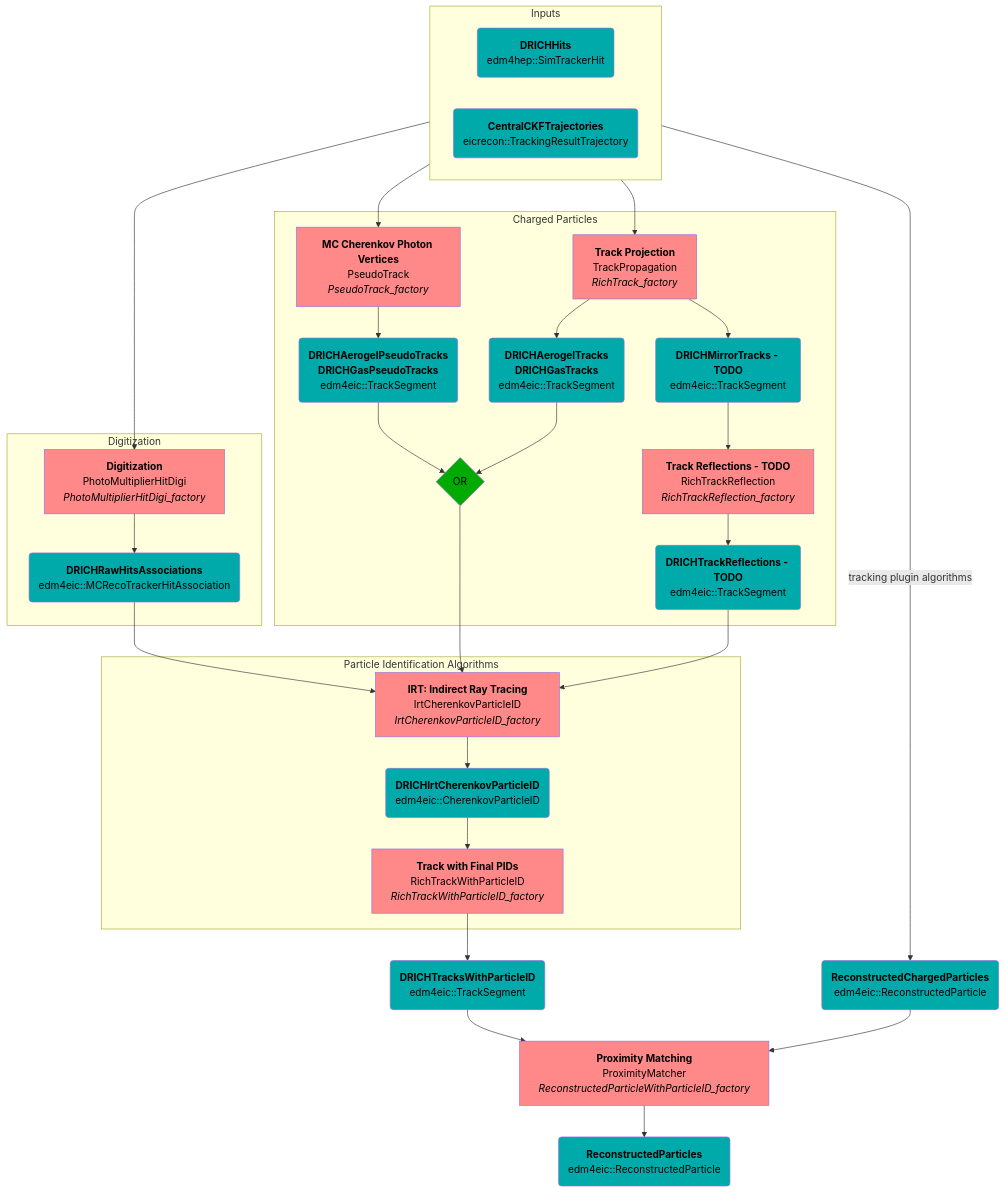
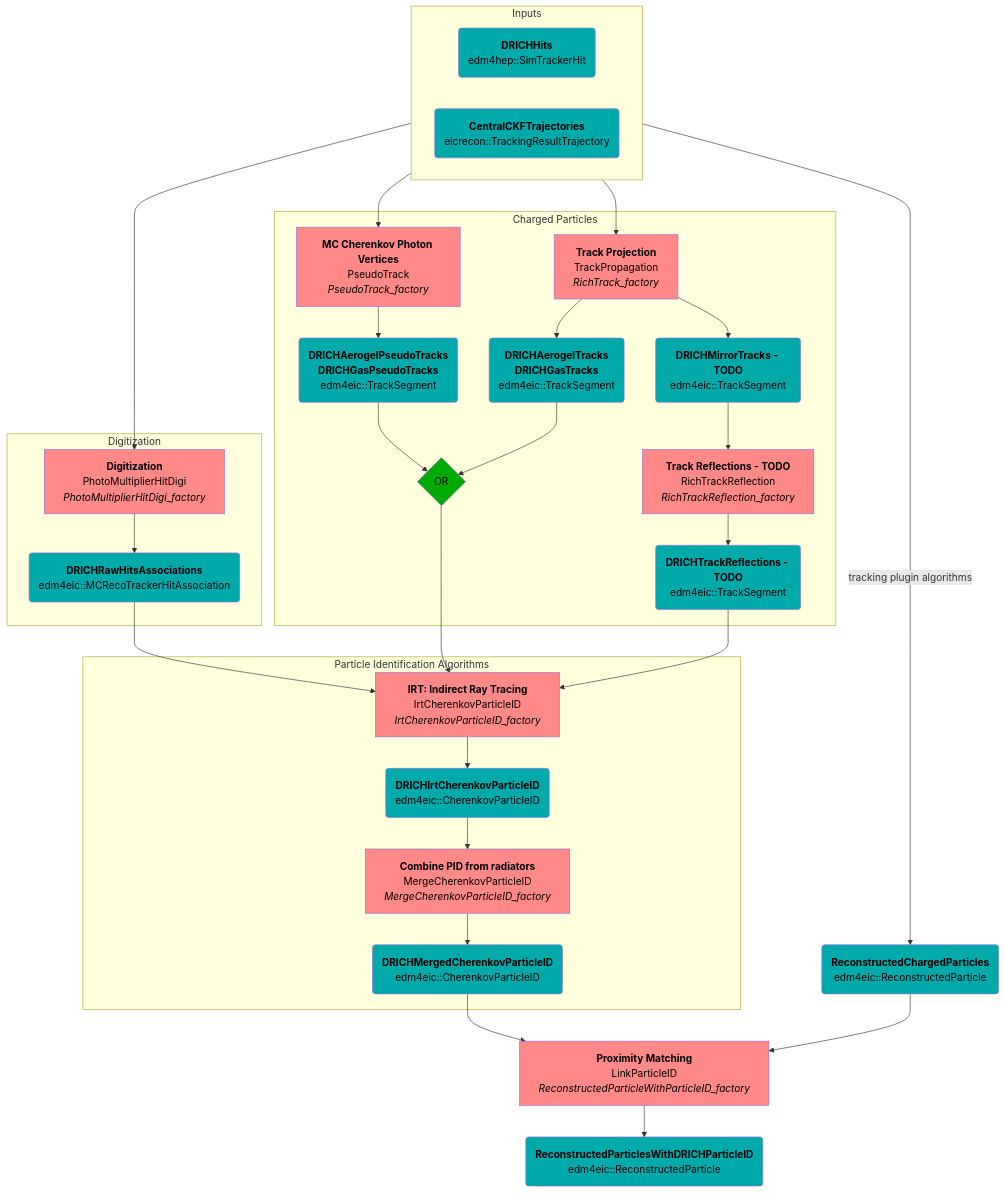
Before and after one commit to eic/EICrecon: the second of 5 diagrams in src/detectors/DRICH/README.md, drawn with Mermaid. The commit also changed other lines of this file, not shown here.

Commit message:
doc: redo linking to `ReconstructedParticle`

````diff
--- a/src/detectors/DRICH/README.md
+++ b/src/detectors/DRICH/README.md
@@ -15,79 +15,81 @@
 ```mermaid
 flowchart TB
   classDef alg fill:#ff8888,color:black
   classDef col fill:#00aaaa,color:black
   classDef op fill:#00aa00,color:black
 
   %%-----------------
   %% Nodes
   %%-----------------
 
   subgraph Inputs
     direction LR
     SimHits(<strong>DRICHHits</strong><br/>edm4hep::SimTrackerHit):::col
     Trajectories(<strong>CentralCKFTrajectories</strong><br/>eicrecon::TrackingResultTrajectory):::col
   end
+  ReconstructedChargedParticles(<strong>ReconstructedChargedParticles</strong><br/>edm4eic::ReconstructedParticle):::col
+
 
   subgraph Digitization
     DigiAlg[<strong>Digitization</strong><br/>PhotoMultiplierHitDigi<br><i>PhotoMultiplierHitDigi_factory</i>]:::alg
     RawHits(<strong>DRICHRawHitsAssociations</strong><br/>edm4eic::MCRecoTrackerHitAssociation):::col
   end
 
   subgraph Charged Particles
     PseudoTracksAlg[<strong>MC Cherenkov Photon Vertices</strong><br/>PseudoTrack<br><i>PseudoTrack_factory</i>]:::alg
     PseudoTracks(<strong>DRICHAerogelPseudoTracks</strong><br/><strong>DRICHGasPseudoTracks</strong><br/>edm4eic::TrackSegment):::col
 
     PropagatorAlg[<strong>Track Projection</strong><br/>TrackPropagation<br><i>RichTrack_factory</i>]:::alg
     Tracks(<strong>DRICHAerogelTracks</strong><br/><strong>DRICHGasTracks</strong><br/>edm4eic::TrackSegment):::col
     MirrorTracks(<strong>DRICHMirrorTracks - TODO</strong><br/>edm4eic::TrackSegment):::col
 
     TrackOR{OR}:::op
 
     ReflectionsAlg[<strong>Track Reflections - TODO</strong><br/>RichTrackReflection<br><i>RichTrackReflection_factory</i>]:::alg
     Reflections(<strong>DRICHTrackReflections - TODO</strong><br/>edm4eic::TrackSegment):::col
   end
 
   subgraph Particle Identification Algorithms
     IRT[<strong>IRT: Indirect Ray Tracing</strong><br/>IrtCherenkovParticleID<br><i>IrtCherenkovParticleID_factory</i>]:::alg
     IRTPID(<strong>DRICHIrtCherenkovParticleID</strong><br/>edm4eic::CherenkovParticleID):::col
-    TrackPIDAlg[<strong>Track with Final PIDs</strong><br/>RichTrackWithParticleID<br><i>RichTrackWithParticleID_factory</i>]:::alg
+    
+    Merge[<strong>Combine PID from radiators</strong><br/>MergeCherenkovParticleID<br><i>MergeCherenkovParticleID_factory</i>]:::alg
+    MergePID(<strong>DRICHMergedCherenkovParticleID</strong><br/>edm4eic::CherenkovParticleID):::col
   end
 
-  TrackPID(<strong>DRICHTracksWithParticleID</strong><br/>edm4eic::TrackSegment):::col
-  ProxMatch[<strong>Proximity Matching</strong><br/>ProximityMatcher<br><i>ReconstructedParticleWithParticleID_factory</i>]:::alg
-  ReconstructedChargedParticles(<strong>ReconstructedChargedParticles</strong><br/>edm4eic::ReconstructedParticle):::col
-  ReconstructedParticles(<strong>ReconstructedParticles</strong><br/>edm4eic::ReconstructedParticle):::col
+  ProxMatch[<strong>Proximity Matching</strong><br/>LinkParticleID<br><i>ReconstructedParticleWithParticleID_factory</i>]:::alg
+  ReconstructedParticles(<strong>ReconstructedParticlesWithDRICHParticleID</strong><br/>edm4eic::ReconstructedParticle):::col
 
   %%-----------------
   %% Edges
   %%-----------------
 
   %% digitization
   SimHits --> DigiAlg
   DigiAlg --> RawHits
 
   %% tracking
   SimHits --> PseudoTracksAlg
   PseudoTracksAlg --> PseudoTracks
   Trajectories --> PropagatorAlg
   PropagatorAlg --> Tracks
   PropagatorAlg --> MirrorTracks
   PseudoTracks --> TrackOR
   Tracks --> TrackOR
   MirrorTracks --> ReflectionsAlg
   ReflectionsAlg --> Reflections
 
   %% PID
   RawHits --> IRT
   TrackOR --> IRT
   Reflections --> IRT
   IRT --> IRTPID
-  IRTPID --> TrackPIDAlg
-  TrackPIDAlg --> TrackPID
+  IRTPID --> Merge
+  Merge --> MergePID
 
   %% linking
   Trajectories -- tracking plugin algorithms --> ReconstructedChargedParticles
-  TrackPID --> ProxMatch
+  MergePID --> ProxMatch
   ReconstructedChargedParticles --> ProxMatch
   ProxMatch --> ReconstructedParticles
 ```
````
